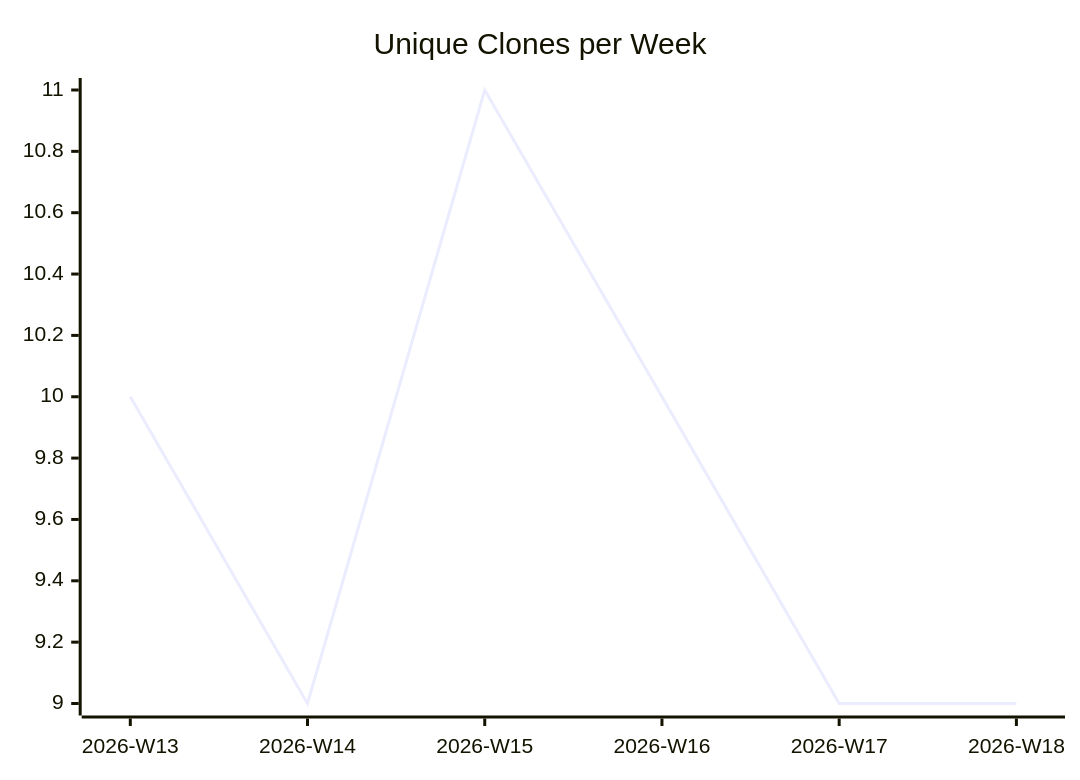
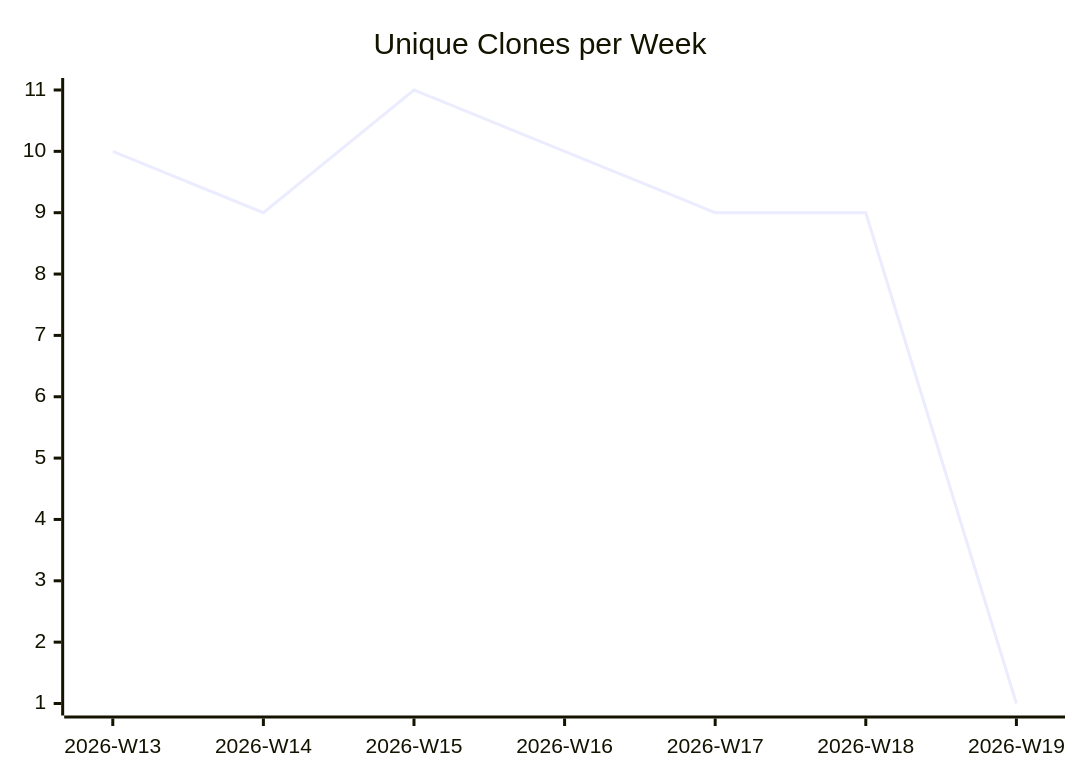
The third of 3 diagrams in karlmdavis/usgs-water-api-java/README.md (justdavis-family/github-analytics-data), drawn with Mermaid before and after one commit. The commit also changed other lines of this file and 187 other files, not shown here.

````diff
--- a/karlmdavis/usgs-water-api-java/README.md
+++ b/karlmdavis/usgs-water-api-java/README.md
@@ -19,6 +19,6 @@
 ```mermaid
 xychart-beta
   title "Unique Clones per Week"
-  x-axis ["2026-W13", "2026-W14", "2026-W15", "2026-W16", "2026-W17", "2026-W18"]
-  line [10, 9, 11, 10, 9, 9]
+  x-axis ["2026-W13", "2026-W14", "2026-W15", "2026-W16", "2026-W17", "2026-W18", "2026-W19"]
+  line [10, 9, 11, 10, 9, 9, 1]
 ```
````
